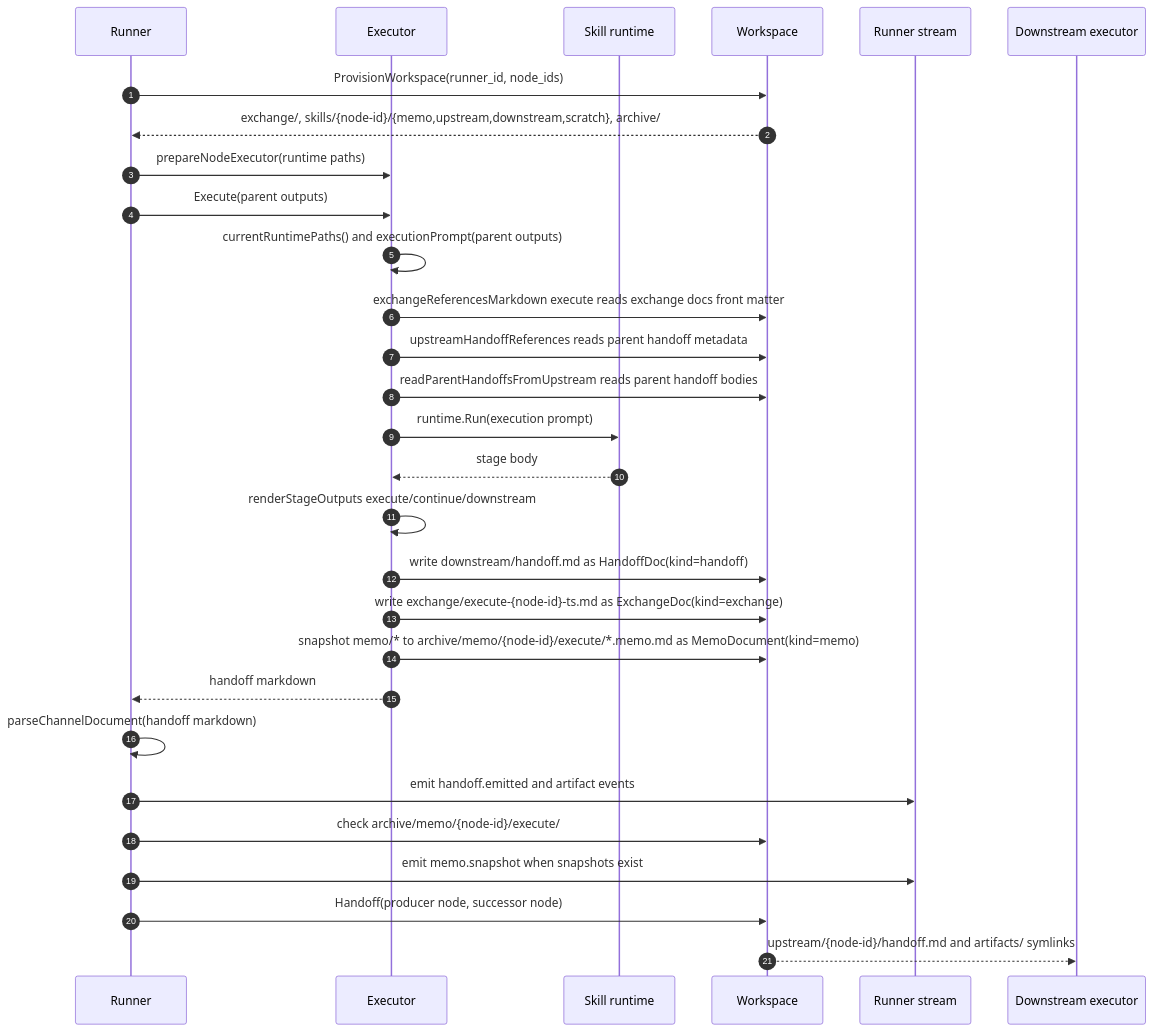
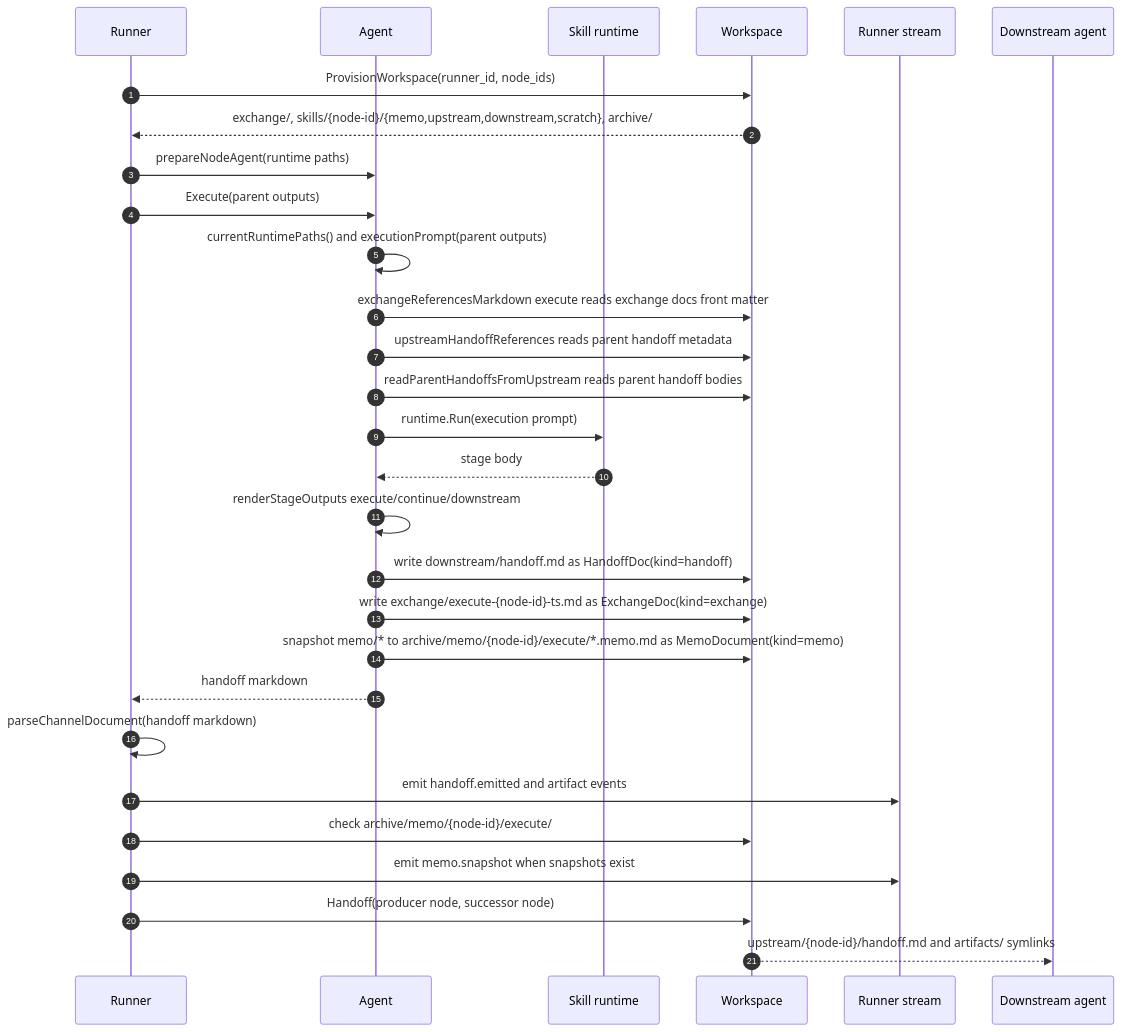
One commit to TsumiNa/dango changed the first of 2 diagrams in architecture/data-plane.md. Above: the diagram before and after it, drawn with Mermaid. The commit also changed other lines of this file and 84 other files, not shown here.

First line of the commit message:
Rename executor vocabulary to agent (#86)

````diff
--- a/architecture/data-plane.md
+++ b/architecture/data-plane.md
@@ -69,32 +69,32 @@
 ```mermaid
 sequenceDiagram
 autonumber
 participant Ru as Runner
-participant Ex as Executor
+participant Ex as Agent
 participant Sk as Skill runtime
 participant WS as Workspace
 participant RS as Runner stream
-participant Nx as Downstream executor
+participant Nx as Downstream agent
 
 Ru->>WS: ProvisionWorkspace(runner_id, node_ids)
 WS-->>Ru: exchange/, skills/{node-id}/{memo,upstream,downstream,scratch}, archive/
-Ru->>Ex: prepareNodeExecutor(runtime paths)
+Ru->>Ex: prepareNodeAgent(runtime paths)
 Ru->>Ex: Execute(parent outputs)
 Ex->>Ex: currentRuntimePaths() and executionPrompt(parent outputs)
 Ex->>WS: exchangeReferencesMarkdown execute reads exchange docs front matter
 Ex->>WS: upstreamHandoffReferences reads parent handoff metadata
 Ex->>WS: readParentHandoffsFromUpstream reads parent handoff bodies
 Ex->>Sk: runtime.Run(execution prompt)
 Sk-->>Ex: stage body
 Ex->>Ex: renderStageOutputs execute/continue/downstream
 Ex->>WS: write downstream/handoff.md as HandoffDoc(kind=handoff)
 Ex->>WS: write exchange/execute-{node-id}-ts.md as ExchangeDoc(kind=exchange)
 Ex->>WS: snapshot memo/* to archive/memo/{node-id}/execute/*.memo.md as MemoDocument(kind=memo)
 Ex-->>Ru: handoff markdown
 Ru->>Ru: parseChannelDocument(handoff markdown)
 Ru->>RS: emit handoff.emitted and artifact events
 Ru->>WS: check archive/memo/{node-id}/execute/
 Ru->>RS: emit memo.snapshot when snapshots exist
 Ru->>WS: Handoff(producer node, successor node)
 WS-->>Nx: upstream/{node-id}/handoff.md and artifacts/ symlinks
 ```
````
